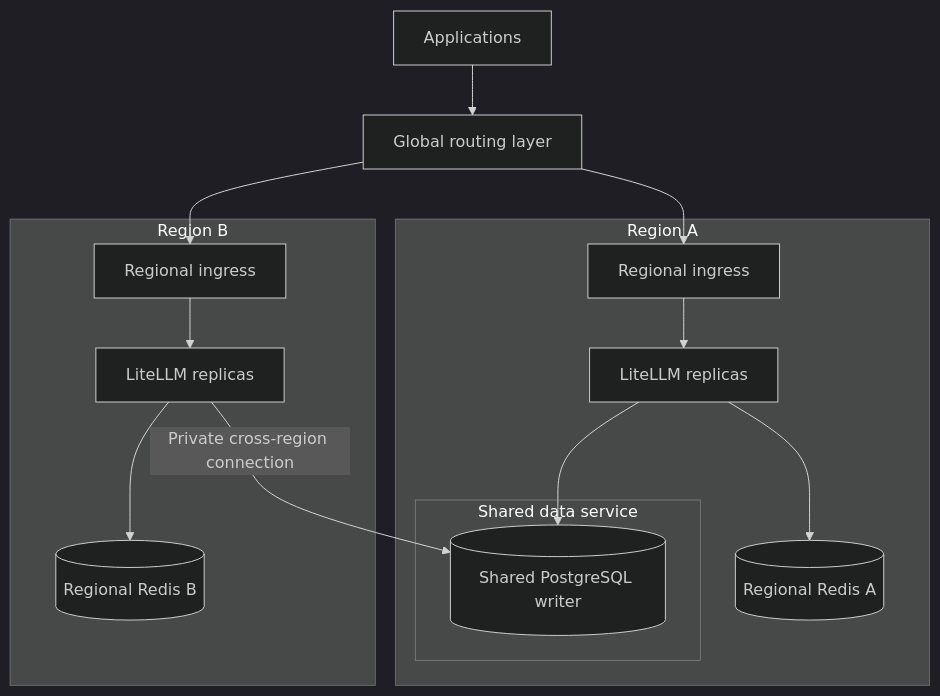
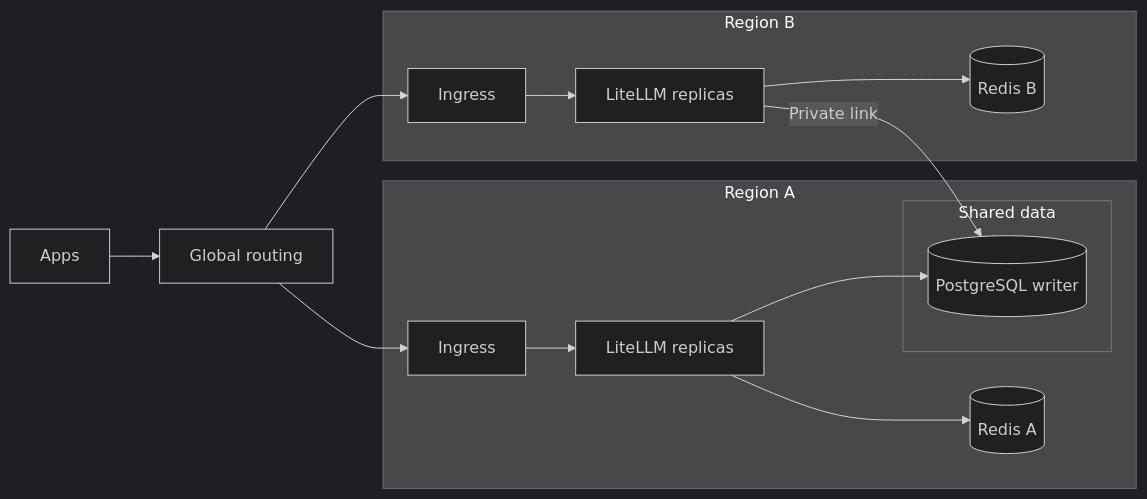
Before and after one commit to BerriAI/litellm-docs: the diagram in docs/proxy/multi_region.md, drawn with Mermaid (dark theme). The commit also changed 12 other files, not shown here.

Commit message:
docs: compact architecture diagrams for laptop viewing

````diff
--- a/docs/proxy/multi_region.md
+++ b/docs/proxy/multi_region.md
@@ -20,19 +20,19 @@
 ```mermaid
-flowchart TB
-    Clients[Applications] --> Route[Global routing layer]
+flowchart LR
+    Clients[Apps] --> Route[Global routing]
     subgraph A[Region A]
-        IngressA[Regional ingress] --> GatewayA[LiteLLM replicas]
-        GatewayA --> RedisA[(Regional Redis A)]
-        subgraph Data[Shared data service]
-            DB[(Shared PostgreSQL writer)]
+        IngressA[Ingress] --> GatewayA[LiteLLM replicas]
+        GatewayA --> RedisA[(Redis A)]
+        subgraph Data[Shared data]
+            DB[(PostgreSQL writer)]
         end
         GatewayA --> DB
     end
     subgraph B[Region B]
-        IngressB[Regional ingress] --> GatewayB[LiteLLM replicas]
-        GatewayB --> RedisB[(Regional Redis B)]
+        IngressB[Ingress] --> GatewayB[LiteLLM replicas]
+        GatewayB --> RedisB[(Redis B)]
     end
     Route --> IngressA
     Route --> IngressB
-    GatewayB -->|Private cross-region connection| DB
+    GatewayB -->|Private link| DB
 ```
````
